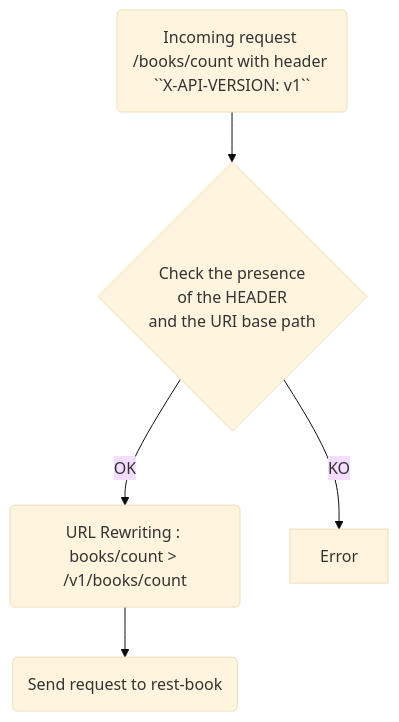
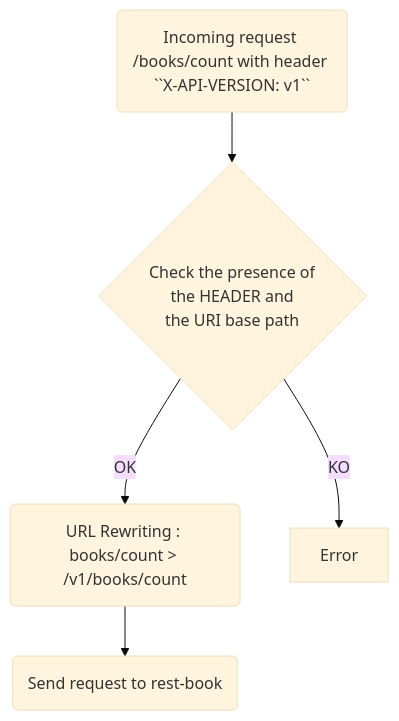
The diagram in docs/02-first_version.md (alexandre-touret/rest-apis-versioning-workshop), drawn with Mermaid (base theme) before and after one commit. The commit also changed other lines of this file and 4 other files, not shown here.

````diff
--- a/docs/02-first_version.md
+++ b/docs/02-first_version.md
@@ -282,8 +283,8 @@
 ```mermaid
 flowchart TD
-    A(Incoming request /books/count with header ``X-API-VERSION: v1``) --> B{Check the presence \n of the HEADER \n and the URI base path}
+    A(Incoming request /books/count with header ``X-API-VERSION: v1``) --> B{Check the presence of <br> the HEADER and <br> the URI base path}
     B -->|OK| C(URL Rewriting : books/count > /v1/books/count )
     B -->|KO| D[Error]
     C -->E(Send request to rest-book)
 
 ```
````
